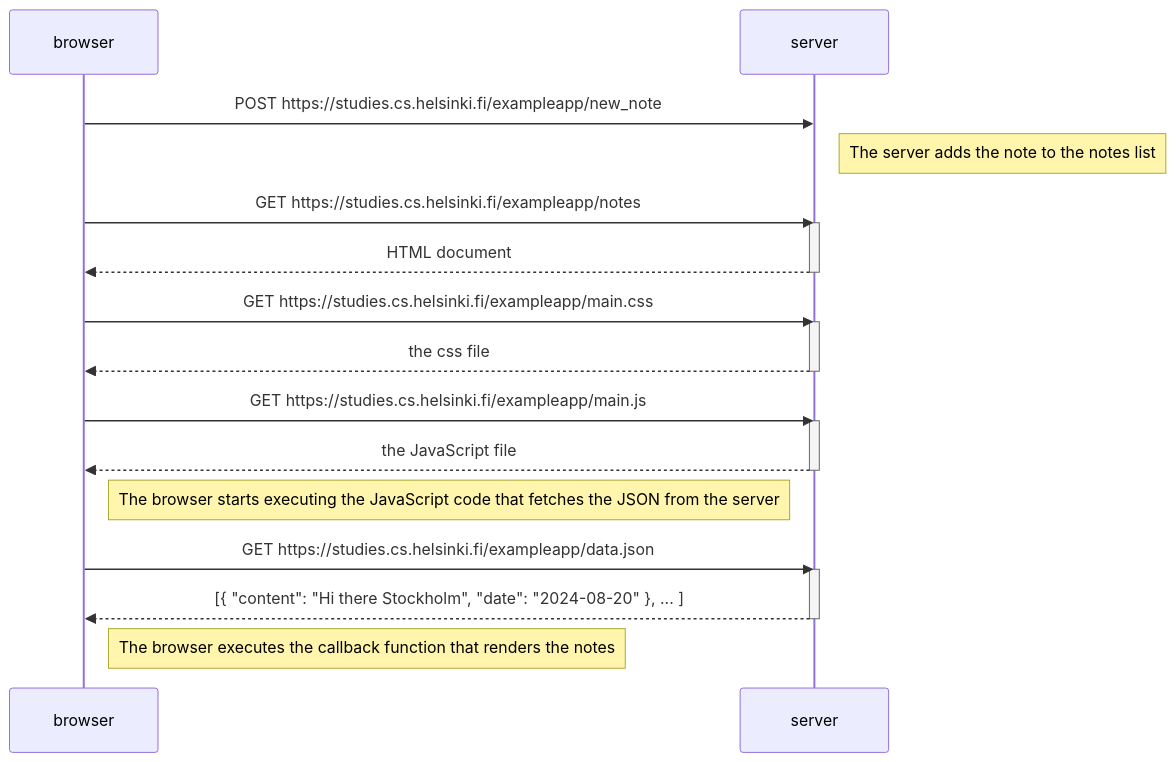
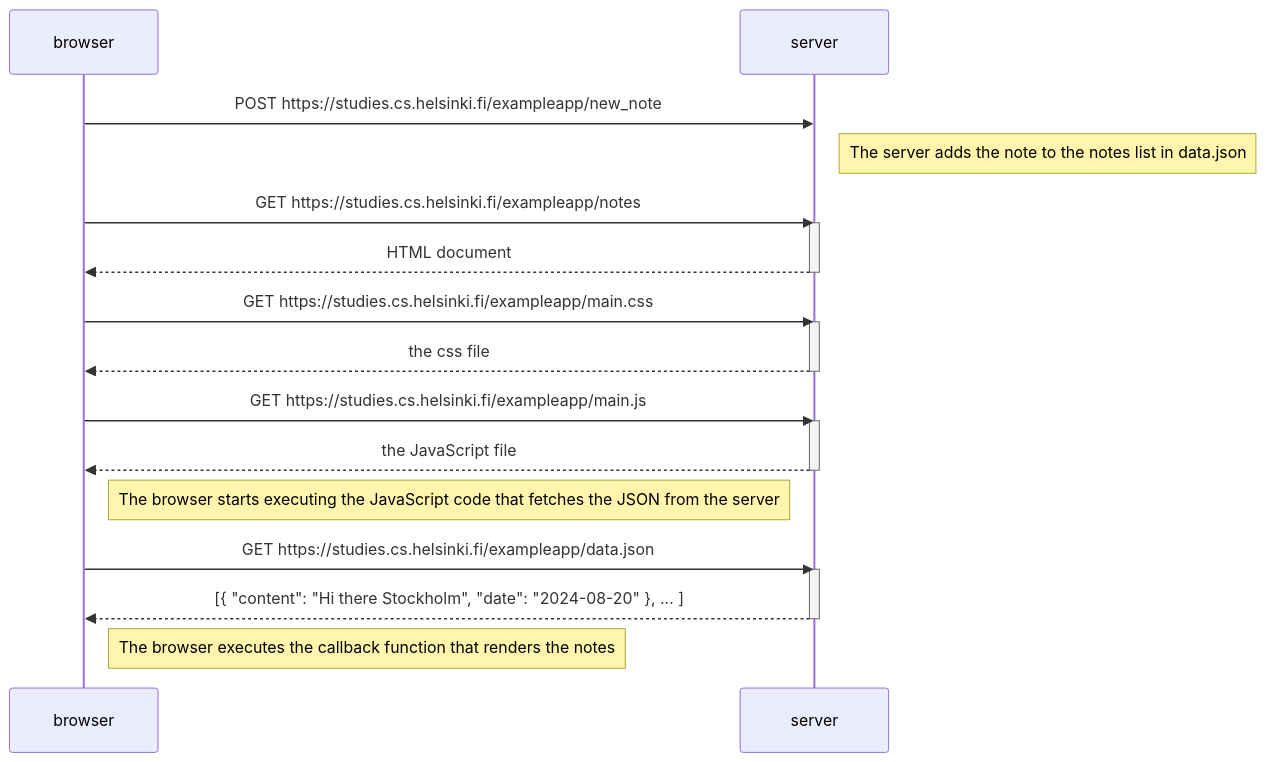
Before and after one commit to nuckynine/fullstack: the diagram in part0/0.4.md, drawn with Mermaid.

````diff
--- a/part0/0.4.md
+++ b/part0/0.4.md
@@ -1,31 +1,31 @@
 ```mermaid
 sequenceDiagram
     participant browser
     participant server
 
     browser->>server: POST https://studies.cs.helsinki.fi/exampleapp/new_note
-    Note right of server: The server adds the note to the notes list
+    Note right of server: The server adds the note to the notes list in data.json
     browser->>server: GET https://studies.cs.helsinki.fi/exampleapp/notes
     activate server
     server-->>browser: HTML document
     deactivate server
 
     browser->>server: GET https://studies.cs.helsinki.fi/exampleapp/main.css
     activate server
     server-->>browser: the css file
     deactivate server
 
     browser->>server: GET https://studies.cs.helsinki.fi/exampleapp/main.js
     activate server
     server-->>browser: the JavaScript file
     deactivate server
 
     Note right of browser: The browser starts executing the JavaScript code that fetches the JSON from the server
 
     browser->>server: GET https://studies.cs.helsinki.fi/exampleapp/data.json
     activate server
     server-->>browser: [{ "content": "Hi there Stockholm", "date": "2024-08-20" }, ... ]
     deactivate server
 
     Note right of browser: The browser executes the callback function that renders the notes
 ```
````
